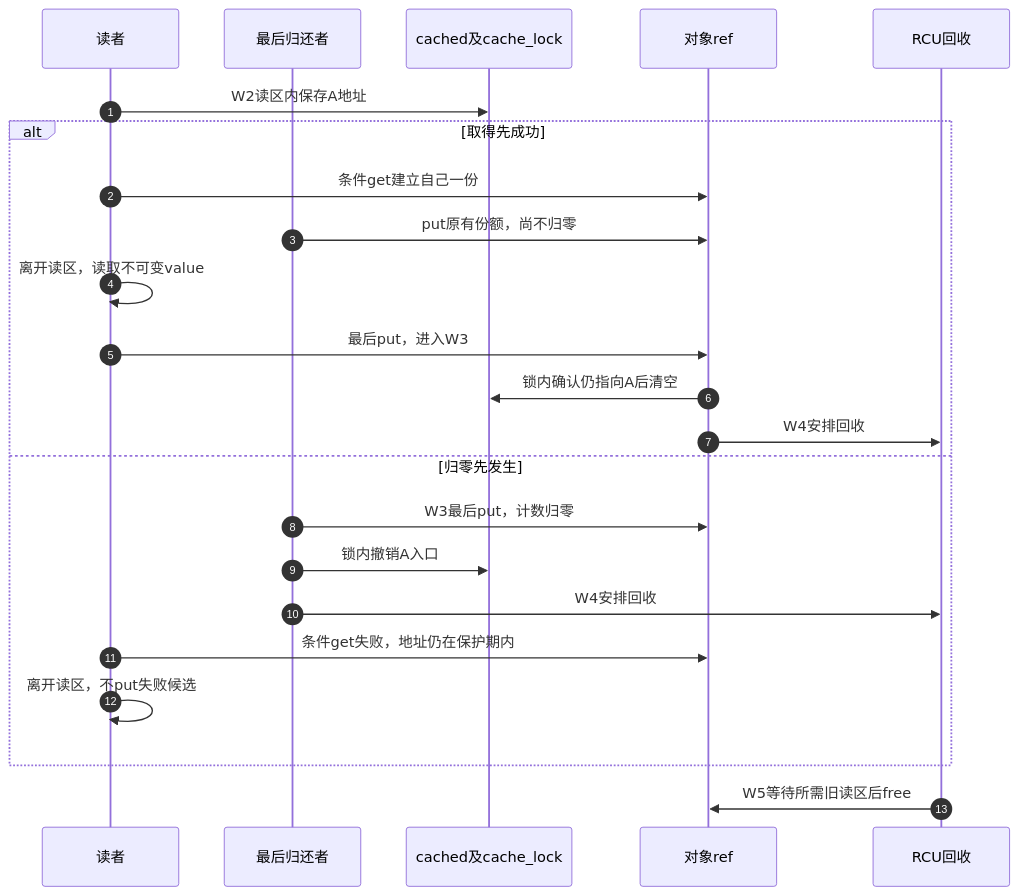
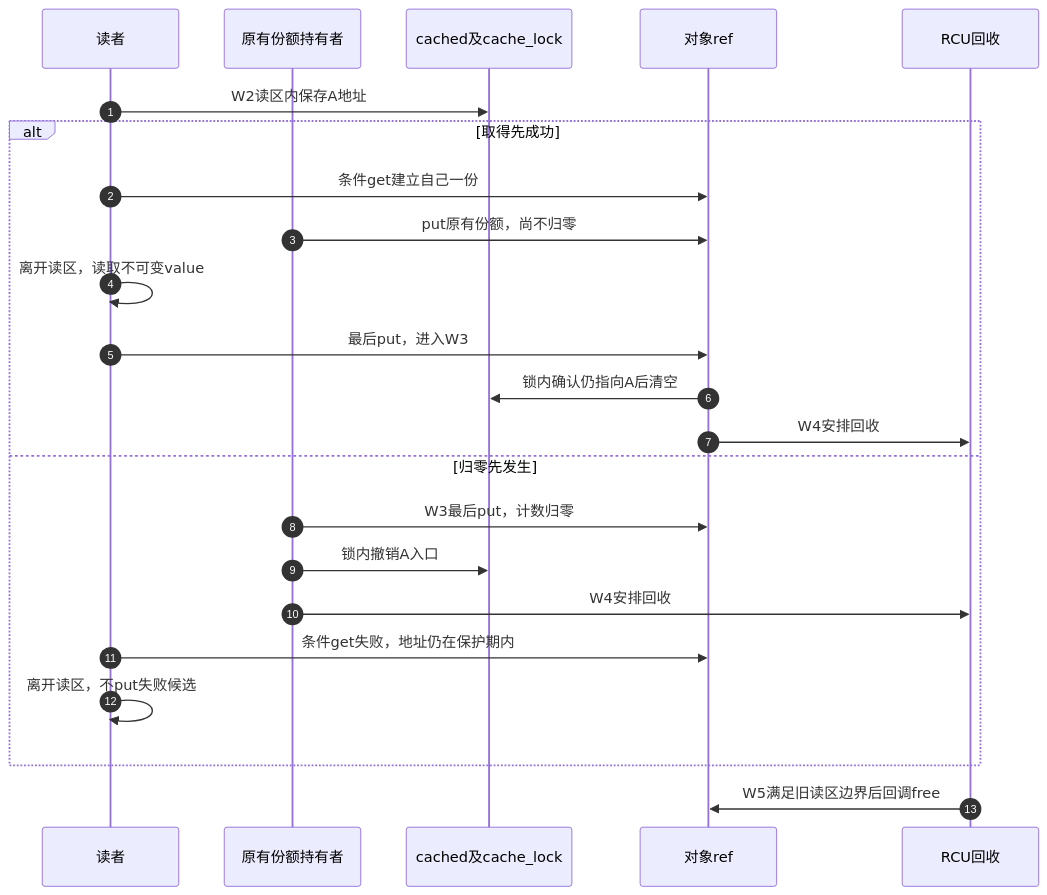
Before and after one commit to FormingSystem/linux_note: the third of 3 diagrams in knowledge/linux/object_lifetime/kref/P26_弱缓存撤销与RCU回收模板.md, drawn with Mermaid. The commit also changed other lines of this file, not shown here.

````diff
--- a/knowledge/linux/object_lifetime/kref/P26_弱缓存撤销与RCU回收模板.md
+++ b/knowledge/linux/object_lifetime/kref/P26_弱缓存撤销与RCU回收模板.md
@@ -70,25 +70,25 @@
 ```mermaid
 sequenceDiagram
     autonumber
     participant R as 读者
-    participant F as 最后归还者
+    participant F as 原有份额持有者
     participant S as cached及cache_lock
     participant O as 对象ref
     participant Q as RCU回收
     R->>S: W2读区内保存A地址
     alt 取得先成功
         R->>O: 条件get建立自己一份
         F->>O: put原有份额，尚不归零
         R->>R: 离开读区，读取不可变value
         R->>O: 最后put，进入W3
         O->>S: 锁内确认仍指向A后清空
         O->>Q: W4安排回收
     else 归零先发生
         F->>O: W3最后put，计数归零
         F->>S: 锁内撤销A入口
         F->>Q: W4安排回收
         R->>O: 条件get失败，地址仍在保护期内
         R->>R: 离开读区，不put失败候选
     end
-    Q->>O: W5等待所需旧读区后free
+    Q->>O: W5满足旧读区边界后回调free
 ```
````
